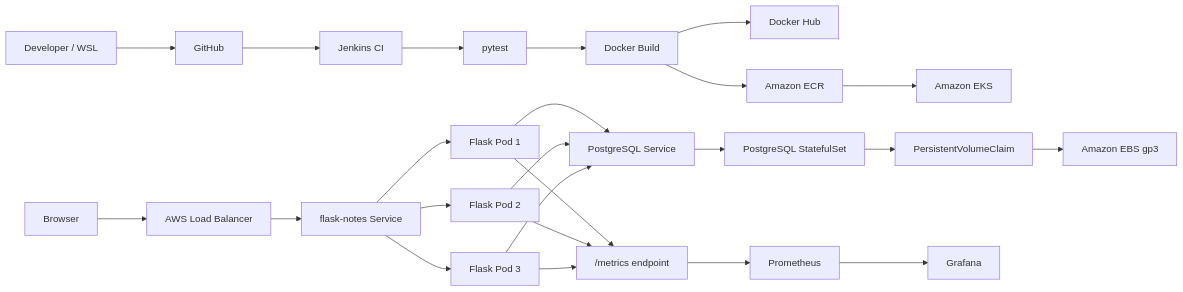
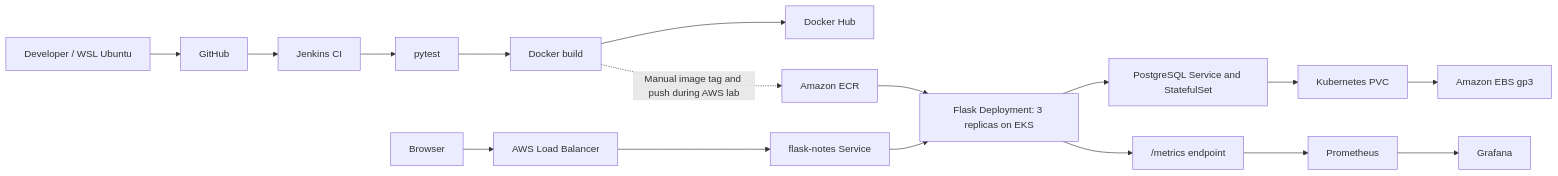
The diagram in README.md (iam-vinod7/cloudcart-devops), drawn with Mermaid before and after one commit. The commit also changed other lines of this file, not shown here.

````diff
--- a/README.md
+++ b/README.md
@@ -27,30 +9,22 @@
 ```mermaid
 flowchart LR
-    DEV[Developer / WSL] --> GH[GitHub]
-    GH --> JENKINS[Jenkins CI]
-    JENKINS --> TEST[pytest]
-    TEST --> BUILD[Docker Build]
-    BUILD --> DH[Docker Hub]
+    DEV["Developer / WSL Ubuntu"] --> GH["GitHub"]
+    GH --> J["Jenkins CI"]
+    J --> T["pytest"]
+    T --> B["Docker build"]
+    B --> DH["Docker Hub"]
 
-    BUILD --> ECR[Amazon ECR]
-    ECR --> EKS[Amazon EKS]
+    B -. "Manual image tag and push during AWS lab" .-> ECR["Amazon ECR"]
+    ECR --> PODS["Flask Deployment: 3 replicas on EKS"]
 
-    USER[Browser] --> LB[AWS Load Balancer]
-    LB --> SVC[flask-notes Service]
-    SVC --> F1[Flask Pod 1]
-    SVC --> F2[Flask Pod 2]
-    SVC --> F3[Flask Pod 3]
+    USER["Browser"] --> ELB["AWS Load Balancer"]
+    ELB --> SVC["flask-notes Service"]
+    SVC --> PODS
+    PODS --> DB["PostgreSQL Service and StatefulSet"]
+    DB --> PVC["Kubernetes PVC"]
+    PVC --> EBS["Amazon EBS gp3"]
 
-    F1 --> PGSVC[PostgreSQL Service]
-    F2 --> PGSVC
-    F3 --> PGSVC
-    PGSVC --> PG[PostgreSQL StatefulSet]
-    PG --> PVC[PersistentVolumeClaim]
-    PVC --> EBS[Amazon EBS gp3]
-
-    F1 --> METRICS["/metrics endpoint"]
-    F2 --> METRICS
-    F3 --> METRICS
-    METRICS --> PROM[Prometheus]
-    PROM --> GRAF[Grafana]
+    PODS --> METRICS["/metrics endpoint"]
+    METRICS --> PROM["Prometheus"]
+    PROM --> GRAF["Grafana"]
 ```
````
